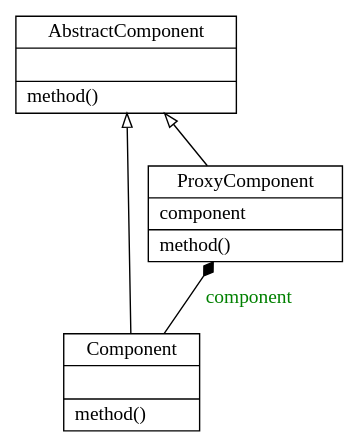
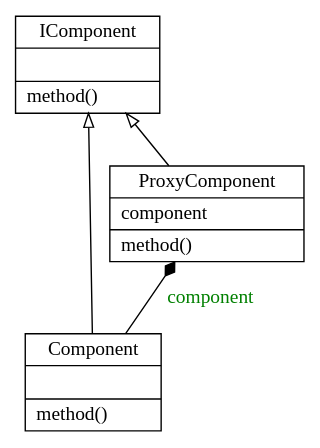
Before and after one commit to Sean-Bradley/Design-Patterns-In-Python: the diagram in proxy/classes.dot, drawn with Graphviz. The commit also changed 4 other files, not shown here.

```diff
--- a/proxy/classes.dot
+++ b/proxy/classes.dot
@@ -1,10 +1,10 @@
 digraph "classes" {
 charset="utf-8"
 rankdir=BT
-"0" [label="{AbstractComponent|\l|method()\l}", shape="record"];
+"0" [label="{IComponent|\l|method()\l}", shape="record"];
 "1" [label="{Component|\l|method()\l}", shape="record"];
 "2" [label="{ProxyComponent|component\l|method()\l}", shape="record"];
 "1" -> "0" [arrowhead="empty", arrowtail="none"];
 "2" -> "0" [arrowhead="empty", arrowtail="none"];
 "1" -> "2" [arrowhead="diamond", arrowtail="none", fontcolor="green", label="component", style="solid"];
 }
```
